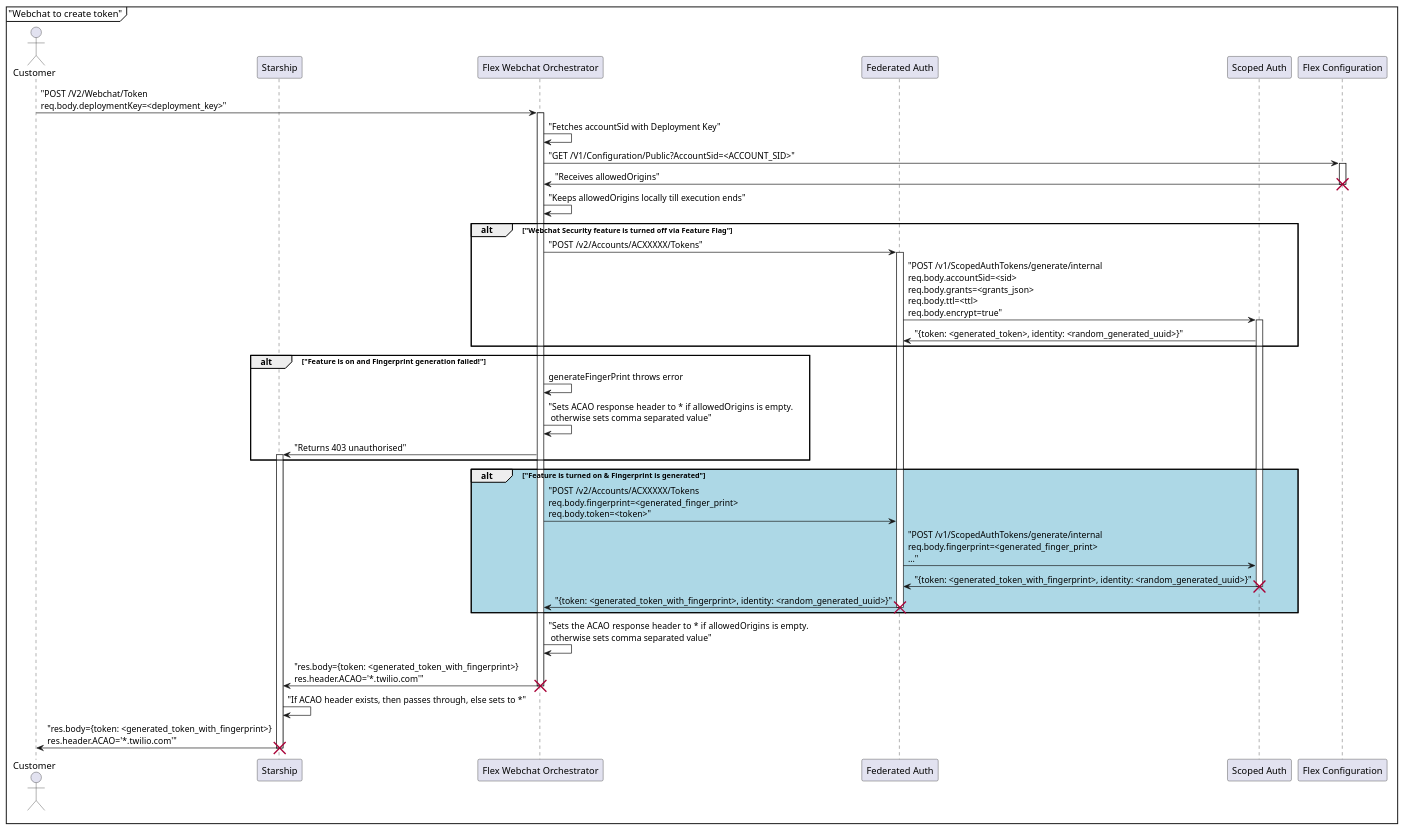
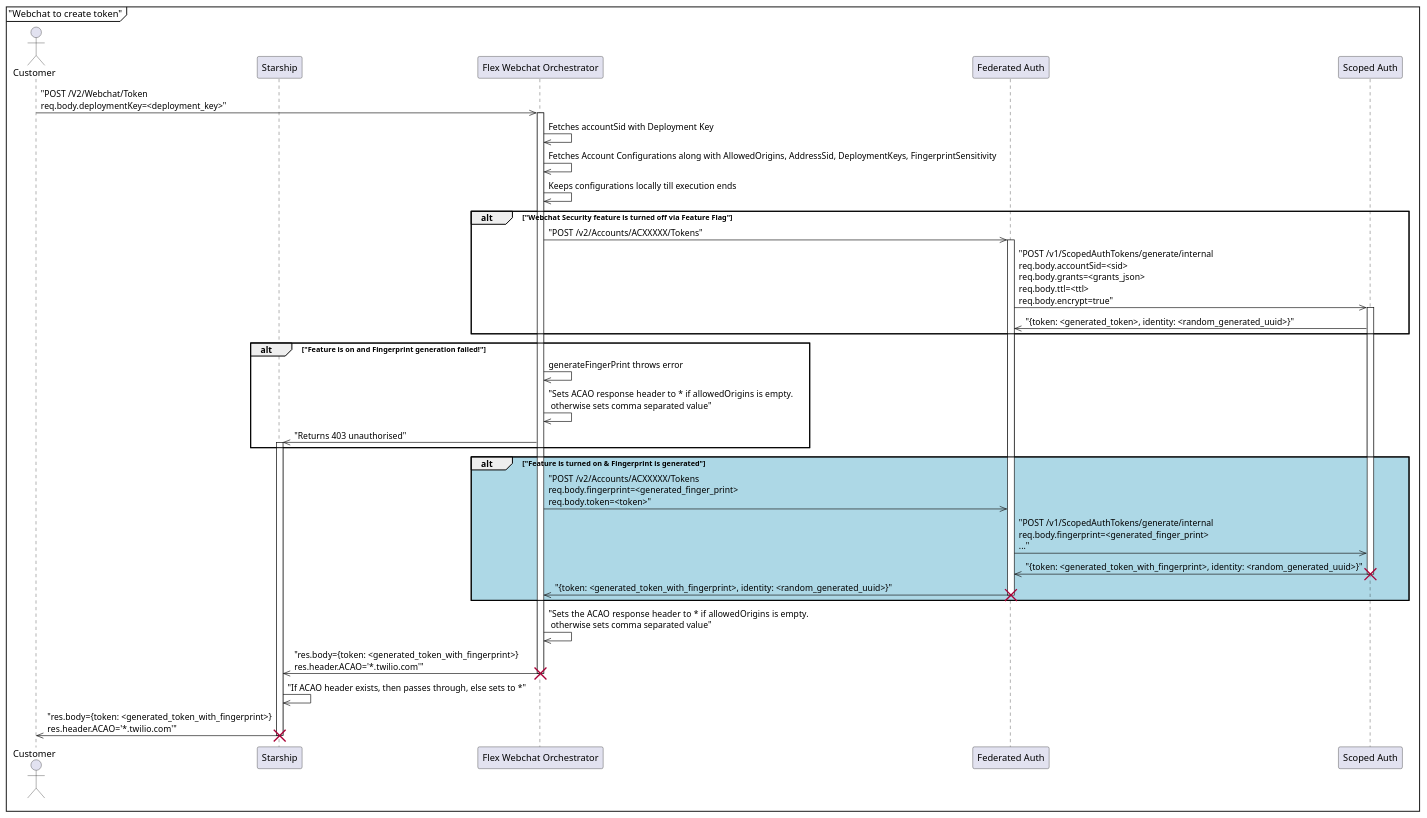
The diagram in init_webchat.puml (twilio/twilio-webchat-react-app), drawn with PlantUML before and after one commit.

Commit message:
PUML Update

```diff
--- a/init_webchat.puml
+++ b/init_webchat.puml
@@ -1,54 +1,50 @@
 @startuml
 
 actor Customer as C
 participant Starship as S
 participant "Flex Webchat Orchestrator" as FWO
 participant "Federated Auth" as FAS
 participant "Scoped Auth" as SAS
-participant "Flex Configuration" as FC
 
 skinparam SequenceGroupBodyBackgroundColor #FFFFFF90
 
 mainframe "Webchat to create token"
 
-C -> FWO : "POST /V2/Webchat/Token \nreq.body.deploymentKey=<deployment_key>"
+C ->> FWO : "POST /V2/Webchat/Token \nreq.body.deploymentKey=<deployment_key>"
 activate FWO
-FWO -> FWO : "Fetches accountSid with Deployment Key"
-FWO -> FC : "GET /V1/Configuration/Public?AccountSid=<ACCOUNT_SID>"
-activate FC
-FC -> FWO : "Receives allowedOrigins"
-destroy FC
-FWO -> FWO : "Keeps allowedOrigins locally till execution ends"
+FWO ->> FWO : Fetches accountSid with Deployment Key
+FWO ->> FWO : Fetches Account Configurations along with AllowedOrigins, AddressSid, DeploymentKeys, FingerprintSensitivity
+FWO ->> FWO : Keeps configurations locally till execution ends
 
 alt "Webchat Security feature is turned off via Feature Flag"
-  FWO -> FAS : "POST /v2/Accounts/ACXXXXX/Tokens"
+  FWO ->> FAS : "POST /v2/Accounts/ACXXXXX/Tokens"
   activate FAS
-  FAS -> SAS : "POST /v1/ScopedAuthTokens/generate/internal \nreq.body.accountSid=<sid>\nreq.body.grants=<grants_json>\nreq.body.ttl=<ttl>\nreq.body.encrypt=true"
+  FAS ->> SAS : "POST /v1/ScopedAuthTokens/generate/internal \nreq.body.accountSid=<sid>\nreq.body.grants=<grants_json>\nreq.body.ttl=<ttl>\nreq.body.encrypt=true"
   activate SAS
-  SAS -> FAS : "{token: <generated_token>, identity: <random_generated_uuid>}"
+  SAS ->> FAS : "{token: <generated_token>, identity: <random_generated_uuid>}"
 end
 
 alt "Feature is on and Fingerprint generation failed!"
-  FWO -> FWO: generateFingerPrint throws error
-  FWO -> FWO : "Sets ACAO response header to * if allowedOrigins is  empty. \n otherwise sets comma separated value"
-  FWO -> S : "Returns 403 unauthorised"
+  FWO ->> FWO: generateFingerPrint throws error
+  FWO ->> FWO : "Sets ACAO response header to * if allowedOrigins is  empty. \n otherwise sets comma separated value"
+  FWO ->> S : "Returns 403 unauthorised"
   activate S
 end
 
 alt #LightBlue "Feature is turned on & Fingerprint is generated"
-  FWO -> FAS : "POST /v2/Accounts/ACXXXXX/Tokens \nreq.body.fingerprint=<generated_finger_print> \nreq.body.token=<token>" 
-  FAS -> SAS : "POST /v1/ScopedAuthTokens/generate/internal \nreq.body.fingerprint=<generated_finger_print>\n..."
-  SAS -> FAS : "{token: <generated_token_with_fingerprint>, identity: <random_generated_uuid>}"
+  FWO ->> FAS : "POST /v2/Accounts/ACXXXXX/Tokens \nreq.body.fingerprint=<generated_finger_print> \nreq.body.token=<token>" 
+  FAS ->> SAS : "POST /v1/ScopedAuthTokens/generate/internal \nreq.body.fingerprint=<generated_finger_print>\n..."
+  SAS ->> FAS : "{token: <generated_token_with_fingerprint>, identity: <random_generated_uuid>}"
   destroy SAS
-  FAS -> FWO : "{token: <generated_token_with_fingerprint>, identity: <random_generated_uuid>}"
+  FAS ->> FWO : "{token: <generated_token_with_fingerprint>, identity: <random_generated_uuid>}"
   destroy FAS
 end
 
-FWO -> FWO : "Sets the ACAO response header to * if allowedOrigins is  empty. \n otherwise sets comma separated value"
-FWO -> S : "res.body={token: <generated_token_with_fingerprint>}\nres.header.ACAO='*.twilio.com'"
+FWO ->> FWO : "Sets the ACAO response header to * if allowedOrigins is  empty. \n otherwise sets comma separated value"
+FWO ->> S : "res.body={token: <generated_token_with_fingerprint>}\nres.header.ACAO='*.twilio.com'"
 destroy FWO
-S -> S : "If ACAO header exists, then passes through, else sets to *"
-S -> C : "res.body={token: <generated_token_with_fingerprint>}\nres.header.ACAO='*.twilio.com'"
+S ->> S : "If ACAO header exists, then passes through, else sets to *"
+S ->> C : "res.body={token: <generated_token_with_fingerprint>}\nres.header.ACAO='*.twilio.com'"
 destroy S
 
 @enduml
```
